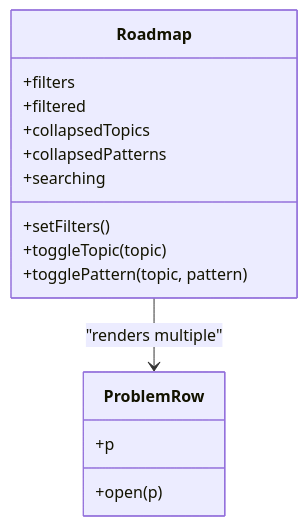
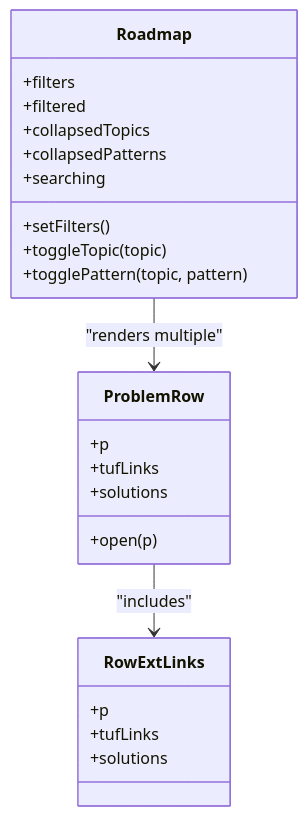
Before and after one commit to iamrituraj/DSA-Tracker: the eighth of 11 diagrams in .qoder/repowiki/en/content/Frontend Application/Roadmap Component.md, drawn with Mermaid. The commit also changed other lines of this file and 21 other files, not shown here.

````diff
--- a/.qoder/repowiki/en/content/Frontend Application/Roadmap Component.md
+++ b/.qoder/repowiki/en/content/Frontend Application/Roadmap Component.md
@@ -259,18 +309,26 @@
 ```mermaid
 classDiagram
 class Roadmap {
 +filters
 +setFilters()
 +filtered
 +collapsedTopics
 +collapsedPatterns
 +searching
 +toggleTopic(topic)
 +togglePattern(topic, pattern)
 }
 class ProblemRow {
 +p
 +open(p)
++tufLinks
++solutions
+}
+class RowExtLinks {
++p
++tufLinks
++solutions
 }
 Roadmap --> ProblemRow : "renders multiple"
+ProblemRow --> RowExtLinks : "includes"
 ```
````
